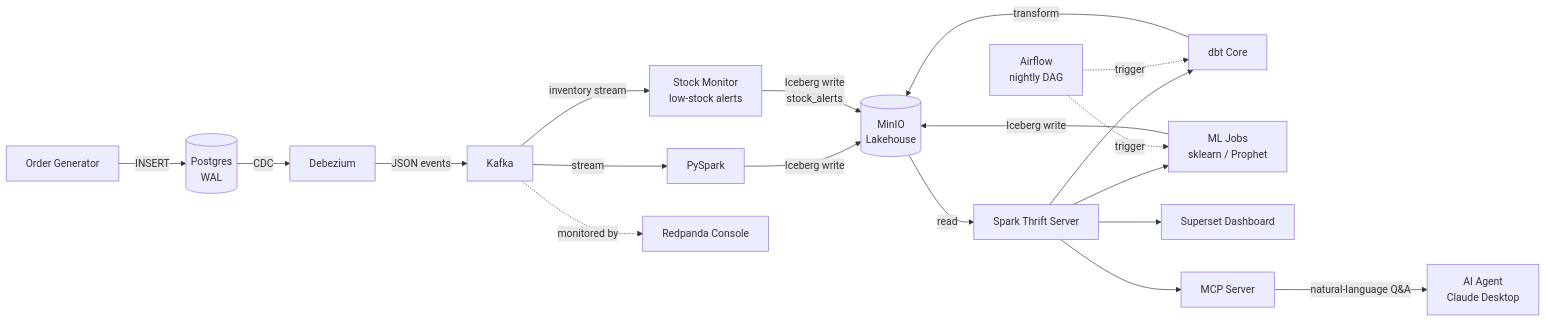
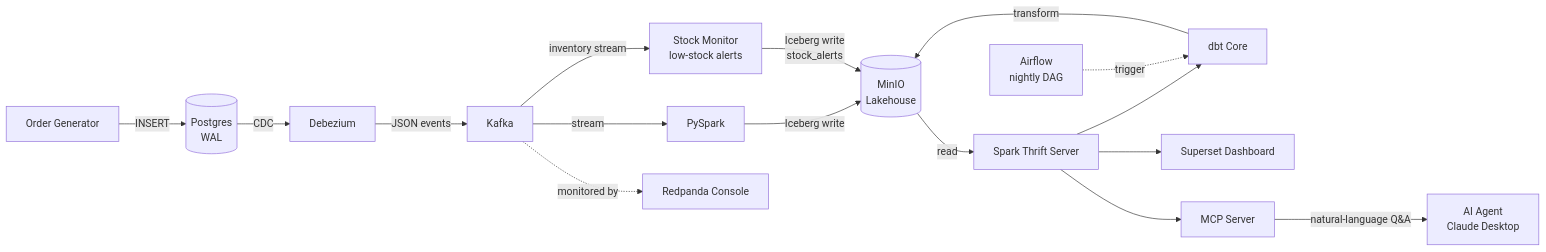
Before and after one commit to airdeniz/ecommerce-lakehouse: the first of 2 diagrams in README.md, drawn with Mermaid. The commit also changed other lines of this file and 22 other files, not shown here.

````diff
--- a/README.md
+++ b/README.md
@@ -23,22 +23,19 @@
 ```mermaid
 flowchart LR
     GEN[Order Generator] -->|INSERT| PG[(Postgres<br/>WAL)]
     PG -->|CDC| DBZ[Debezium]
     DBZ -->|JSON events| KAFKA[Kafka]
     KAFKA -->|stream| SPARK[PySpark]
     KAFKA -->|inventory stream| STOCK[Stock Monitor<br/>low-stock alerts]
     SPARK -->|Iceberg write| MINIO[(MinIO<br/>Lakehouse)]
     STOCK -->|Iceberg write<br/>stock_alerts| MINIO
     MINIO -->|read| THRIFT[Spark Thrift Server]
     THRIFT --> DBT[dbt Core]
     DBT -->|transform| MINIO
     AIRFLOW[Airflow<br/>nightly DAG] -.->|trigger| DBT
-    THRIFT --> MLJOBS[ML Jobs<br/>sklearn / Prophet]
-    MLJOBS -->|Iceberg write| MINIO
-    AIRFLOW -.->|trigger| MLJOBS
     THRIFT --> SUPERSET[Superset Dashboard]
     THRIFT --> MCP[MCP Server]
     MCP -->|natural-language Q&A| AGENT[AI Agent<br/>Claude Desktop]
     CONSOLE[Redpanda Console]
     KAFKA -.->|monitored by| CONSOLE
 ```
````
